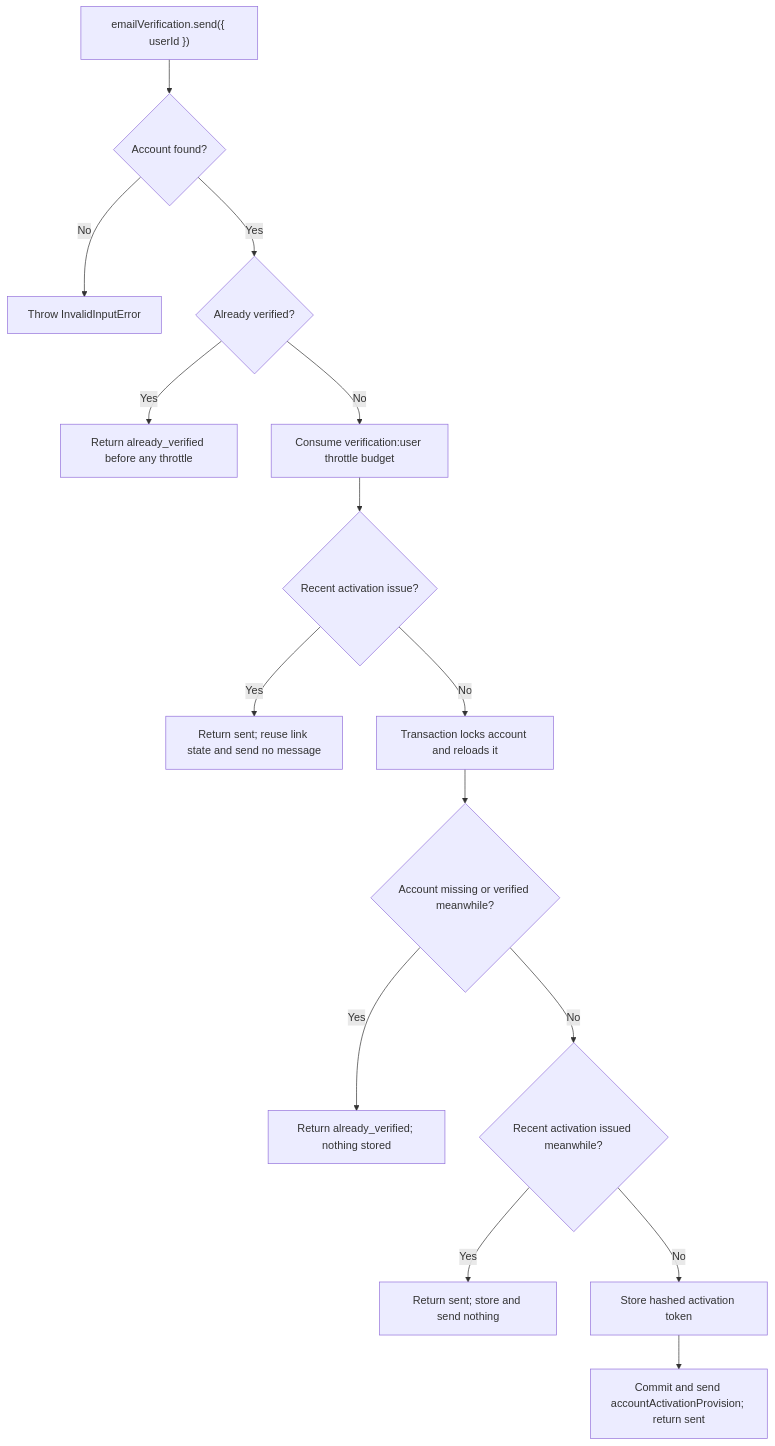
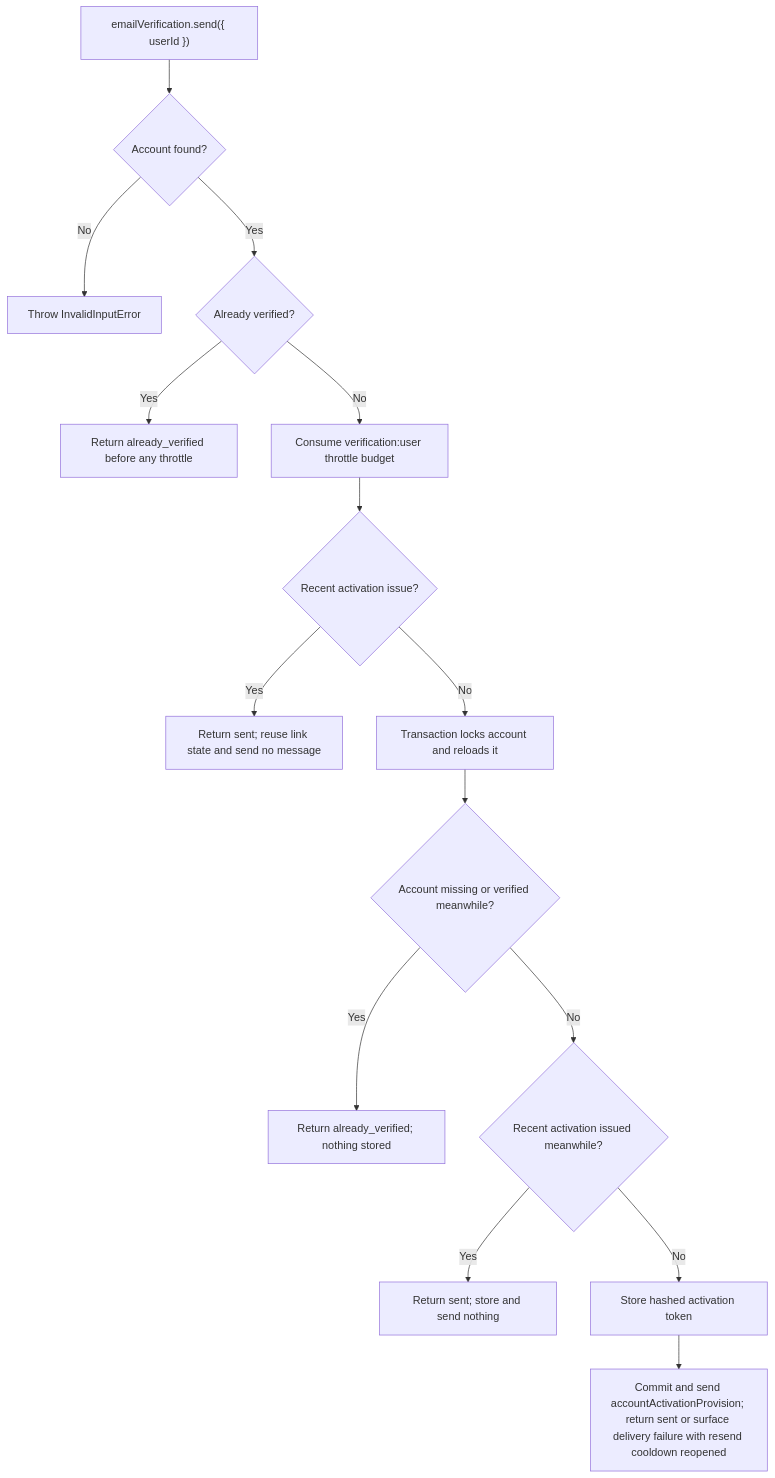
Before and after one commit to Kevinjohn/oss-adonisjs-account-kit: the second of 2 diagrams in user-stories/US-ACCOUNT-37-resend-verification.md, drawn with Mermaid. The commit also changed 43 other files, not shown here.

````diff
--- a/user-stories/US-ACCOUNT-37-resend-verification.md
+++ b/user-stories/US-ACCOUNT-37-resend-verification.md
@@ -32,17 +32,17 @@
 ```mermaid
 flowchart TD
  A["emailVerification.send({ userId })"] --> B{"Account found?"}
  B -->|No| X["Throw InvalidInputError"]
  B -->|Yes| C{"Already verified?"}
  C -->|Yes| D["Return already_verified before any throttle"]
  C -->|No| T["Consume verification:user throttle budget"]
  T --> R{"Recent activation issue?"}
  R -->|Yes| E["Return sent; reuse link state and send no message"]
  R -->|No| F["Transaction locks account and reloads it"]
  F --> F1{"Account missing or verified meanwhile?"}
  F1 -->|Yes| D2["Return already_verified; nothing stored"]
  F1 -->|No| F2{"Recent activation issued meanwhile?"}
  F2 -->|Yes| E2["Return sent; store and send nothing"]
  F2 -->|No| F3["Store hashed activation token"]
- F3 --> G["Commit and send accountActivationProvision; return sent"]
+ F3 --> G["Commit and send accountActivationProvision; return sent or surface delivery failure with resend cooldown reopened"]
 ```
````
